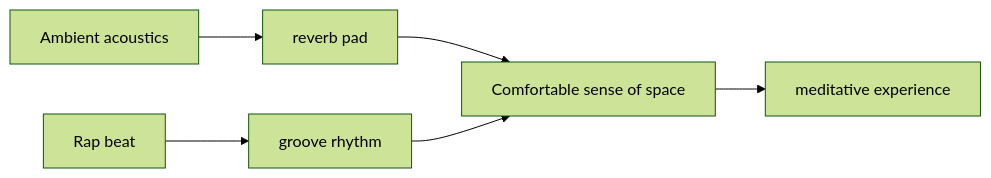
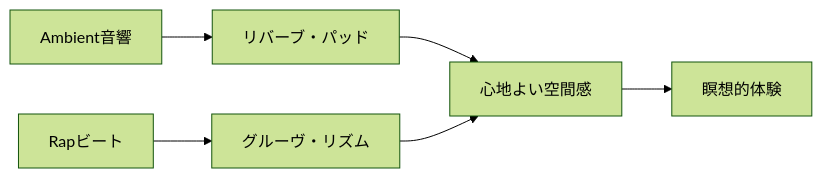
The second of 4 diagrams in en/_posts/2026-02-14-column-ambient-rap.md (monumental-movement/monumental-movement.github.io), drawn with Mermaid (forest theme) before and after one commit. The commit also changed other lines of this file and 775 other files, not shown here.

```diff
--- a/en/_posts/2026-02-14-column-ambient-rap.md
+++ b/en/_posts/2026-02-14-column-ambient-rap.md
@@ -73,8 +73,8 @@
 <div class="mermaid">
 flowchart LR
-    A[Ambient acoustics] --> B[reverb pad]
-    B --> C[Comfortable sense of space]
-    D[Rap beat] --> E[groove rhythm]
+    A[Ambient音響] --> B[リバーブ・パッド]
+    B --> C[心地よい空間感]
+    D[Rapビート] --> E[グルーヴ・リズム]
     E --> C
-    C --> F[meditative experience]
+    C --> F[瞑想的体験]
 </div>
```
